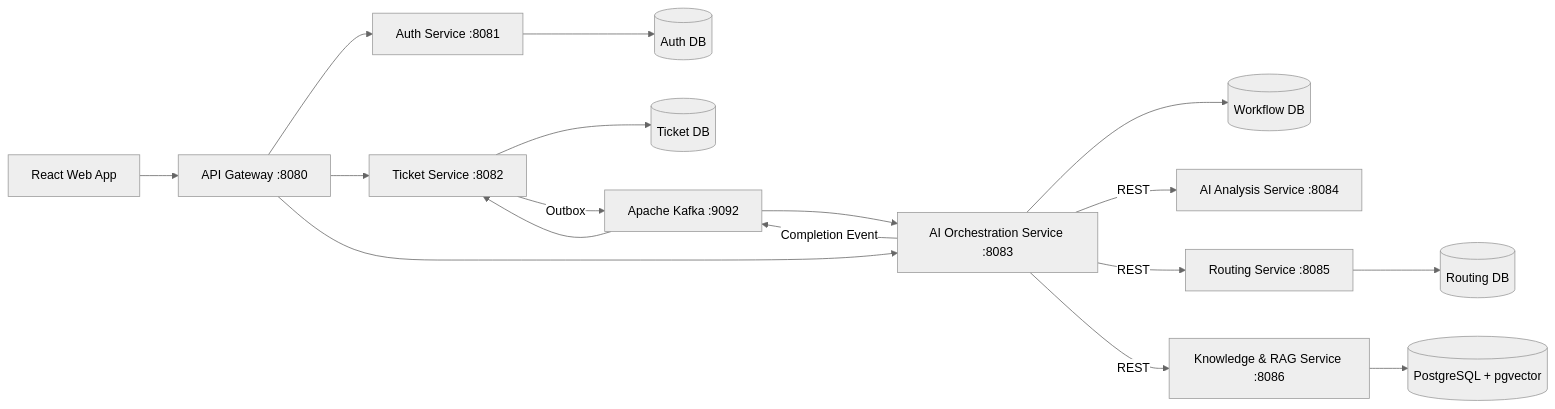
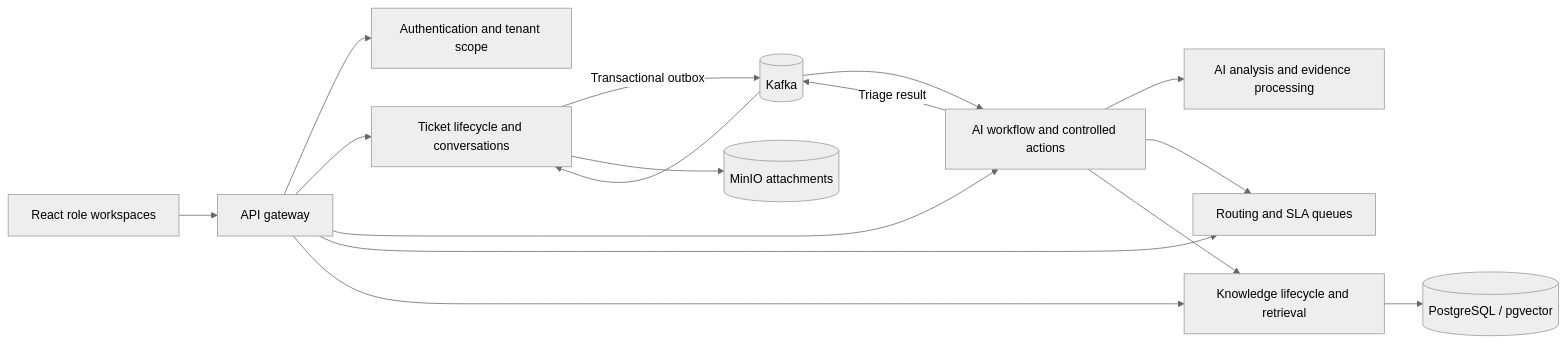
One commit to Lalithsha/ResolveIQ changed the diagram in README.md. Above: the diagram before and after it, drawn with Mermaid (neutral theme). The commit also changed other lines of this file and 8 other files, not shown here.

````diff
--- a/README.md
+++ b/README.md
@@ -33,21 +134,18 @@
 ```mermaid
 flowchart LR
-    UI[React Web App] --> GW[API Gateway :8080]
-    GW --> AUTH[Auth Service :8081]
-    GW --> TICKET[Ticket Service :8082]
-    GW --> ORCH[AI Orchestration Service :8083]
-
-    TICKET --> TDB[(Ticket DB)]
-    AUTH --> ADB[(Auth DB)]
-    ORCH --> ODB[(Workflow DB)]
-    ROUTE[Routing Service :8085] --> RDB[(Routing DB)]
-    KNOW[Knowledge & RAG Service :8086] --> KDB[(PostgreSQL + pgvector)]
-
-    TICKET -->|Outbox| KAFKA[Apache Kafka :9092]
-    KAFKA --> ORCH
-    ORCH -->|REST| ANALYSIS[AI Analysis Service :8084]
-    ORCH -->|REST| ROUTE
-    ORCH -->|REST| KNOW
-    ORCH -->|Completion Event| KAFKA
-    KAFKA --> TICKET
+    UI[React role workspaces] --> GW[API gateway]
+    GW --> AUTH[Authentication and tenant scope]
+    GW --> T[Ticket lifecycle and conversations]
+    GW --> O[AI workflow and controlled actions]
+    GW --> R[Routing and SLA queues]
+    GW --> K[Knowledge lifecycle and retrieval]
+    O --> A[AI analysis and evidence processing]
+    O --> R
+    O --> K
+    T -->|Transactional outbox| E[(Kafka)]
+    E --> O
+    O -->|Triage result| E
+    E --> T
+    K --> V[(PostgreSQL / pgvector)]
+    T --> S[(MinIO attachments)]
 ```
````
